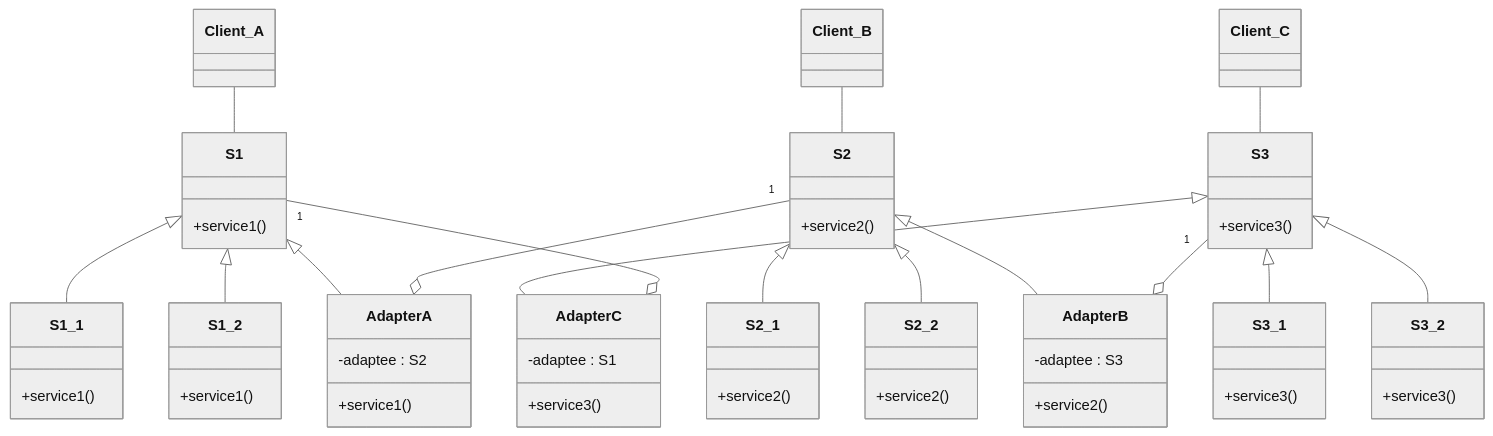
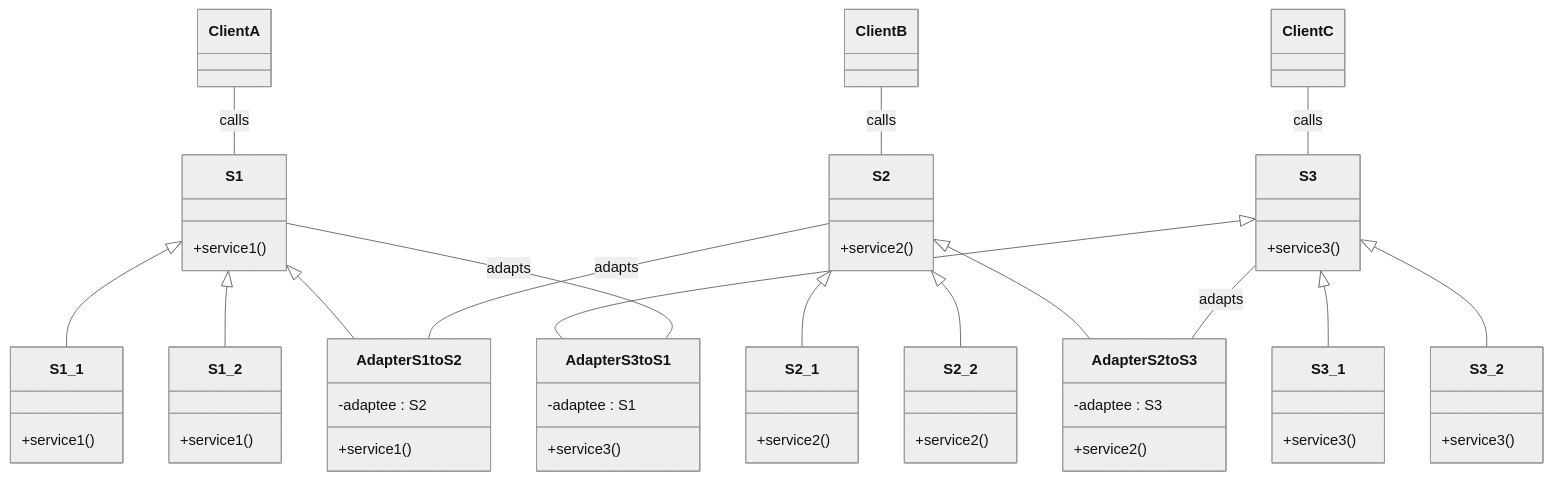
Before and after one commit to hanggrian/IIT-CS586: the first of 2 diagrams in assignments/hw2/README.md, drawn with Mermaid (neutral theme). The commit also changed other lines of this file and 13 other files, not shown here.

````diff
--- a/assignments/hw2/README.md
+++ b/assignments/hw2/README.md
@@ -266,61 +235,61 @@
 ```mermaid
 classDiagram
   direction TB
   class S1 {
     +service1()
   }
   class S1_1 {
     +service1()
   }
   class S1_2 {
     +service1()
   }
   S1 <|-- S1_1
   S1 <|-- S1_2
-  Client_A -- S1
+  ClientA -- S1 : calls
 
   class S2 {
     +service2()
   }
   class S2_1 {
     +service2()
   }
   class S2_2 {
     +service2()
   }
   S2 <|-- S2_1
   S2 <|-- S2_2
-  Client_B -- S2
+  ClientB -- S2 : calls
 
   class S3 {
     +service3()
   }
   class S3_1 {
     +service3()
   }
   class S3_2 {
     +service3()
   }
   S3 <|-- S3_1
   S3 <|-- S3_2
-  Client_C -- S3
+  ClientC -- S3 : calls
 
-  class AdapterA {
+  class AdapterS1toS2 {
     +service1()
     -adaptee : S2
   }
-  class AdapterB {
+  class AdapterS2toS3 {
     +service2()
     -adaptee : S3
   }
-  class AdapterC {
+  class AdapterS3toS1 {
     +service3()
     -adaptee : S1
   }
-  S1 <|-- AdapterA
-  S2 <|-- AdapterB
-  S3 <|-- AdapterC
-  S2 "1" --o AdapterA
-  S3 "1" --o AdapterB
-  S1 "1" --o AdapterC
+  S1 <|-- AdapterS1toS2
+  S2 <|-- AdapterS2toS3
+  S3 <|-- AdapterS3toS1
+  S2 -- AdapterS1toS2 : adapts
+  S3 -- AdapterS2toS3 : adapts
+  S1 -- AdapterS3toS1 : adapts
 ```
````
